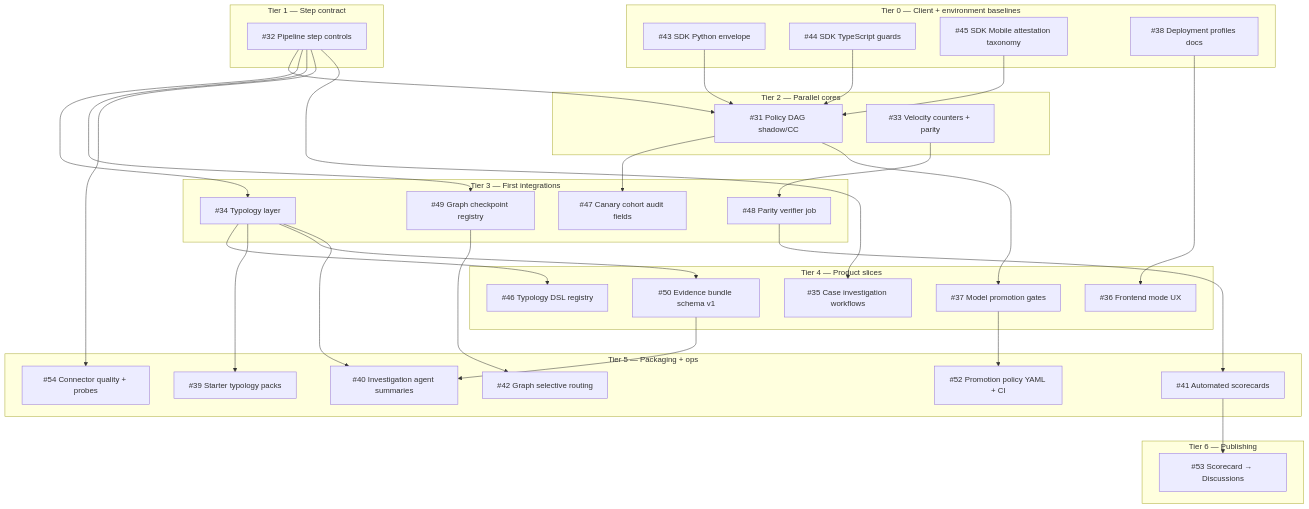
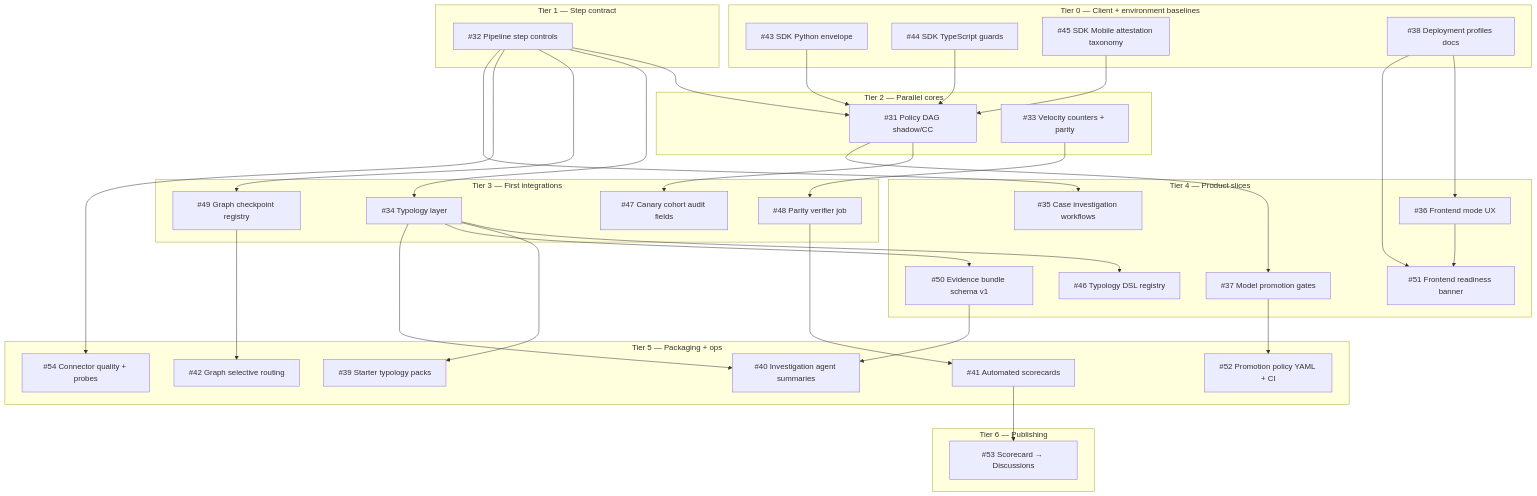
Before and after one commit to pamu512/tarka: the diagram in docs/docs/guides/oss-ship-order-dependencies.md, drawn with Mermaid. The commit also changed other lines of this file, not shown here.

Commit message:
docs: add issue 51 to OSS dependency graph

````diff
--- a/docs/docs/guides/oss-ship-order-dependencies.md
+++ b/docs/docs/guides/oss-ship-order-dependencies.md
@@ -13,68 +13,71 @@
 ```mermaid
 flowchart TD
   subgraph T0["Tier 0 — Client + environment baselines"]
     I43["#43 SDK Python envelope"]
     I44["#44 SDK TypeScript guards"]
     I45["#45 SDK Mobile attestation taxonomy"]
     I38["#38 Deployment profiles docs"]
   end
 
   subgraph T1["Tier 1 — Step contract"]
     I32["#32 Pipeline step controls"]
   end
 
   subgraph T2["Tier 2 — Parallel cores"]
     I31["#31 Policy DAG shadow/CC"]
     I33["#33 Velocity counters + parity"]
   end
 
   subgraph T3["Tier 3 — First integrations"]
     I47["#47 Canary cohort audit fields"]
     I34["#34 Typology layer"]
     I48["#48 Parity verifier job"]
     I49["#49 Graph checkpoint registry"]
   end
 
   subgraph T4["Tier 4 — Product slices"]
     I46["#46 Typology DSL registry"]
     I35["#35 Case investigation workflows"]
     I36["#36 Frontend mode UX"]
+    I51["#51 Frontend readiness banner"]
     I37["#37 Model promotion gates"]
     I50["#50 Evidence bundle schema v1"]
   end
 
   subgraph T5["Tier 5 — Packaging + ops"]
     I39["#39 Starter typology packs"]
     I40["#40 Investigation agent summaries"]
     I41["#41 Automated scorecards"]
     I42["#42 Graph selective routing"]
     I52["#52 Promotion policy YAML + CI"]
     I54["#54 Connector quality + probes"]
   end
 
   subgraph T6["Tier 6 — Publishing"]
     I53["#53 Scorecard → Discussions"]
   end
 
   I43 --> I31
   I44 --> I31
   I45 --> I31
   I38 --> I36
+  I38 --> I51
+  I36 --> I51
   I32 --> I31
   I31 --> I47
   I31 --> I37
   I32 --> I34
   I32 --> I49
   I32 --> I54
   I34 --> I46
   I34 --> I39
   I34 --> I50
   I33 --> I48
   I49 --> I42
   I32 --> I35
   I37 --> I52
   I50 --> I40
   I34 --> I40
   I48 --> I41
   I41 --> I53
 ```
````
